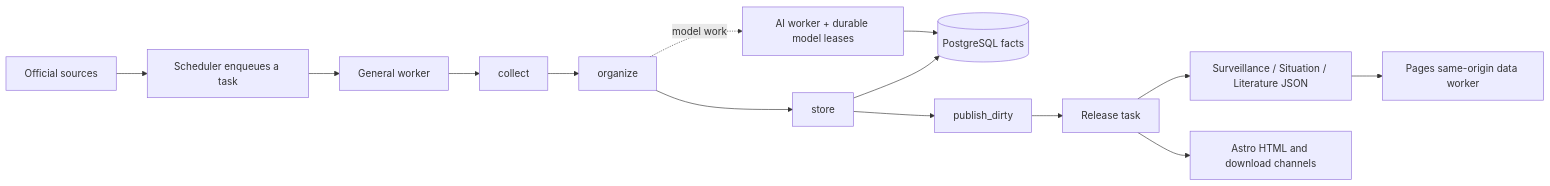
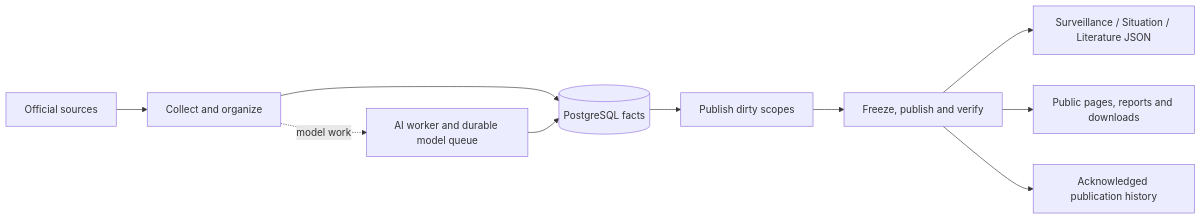
One commit to xmusphlkg/globalID2 changed the diagram in README.md. Above: the diagram before and after it, drawn with Mermaid. The commit also changed other lines of this file and 493 other files, not shown here.

````diff
--- a/README.md
+++ b/README.md
@@ -32,16 +61,12 @@
 ```mermaid
 flowchart LR
-  S[Official sources] --> Q[Scheduler enqueues a task]
-  Q --> W[General worker]
-  W --> C[collect]
-  C --> O[organize]
-  O --> T[store]
-  T --> DB[(PostgreSQL facts)]
-  T --> D[publish_dirty]
-  D --> R[Release task]
-  R --> J[Surveillance / Situation / Literature JSON]
-  R --> H[Astro HTML and download channels]
-  J --> P[Pages same-origin data worker]
-  O -. model work .-> A[AI worker + durable model leases]
-  A --> DB
+  Sources[Official sources] --> Collect[Collect and organize]
+  Collect --> DB[(PostgreSQL facts)]
+  Collect -. model work .-> AI[AI worker and durable model queue]
+  AI --> DB
+  DB --> Dirty[Publish dirty scopes]
+  Dirty --> Release[Freeze, publish and verify]
+  Release --> JSON[Surveillance / Situation / Literature JSON]
+  Release --> Site[Public pages, reports and downloads]
+  Release --> Feed[Acknowledged publication history]
 ```
````
